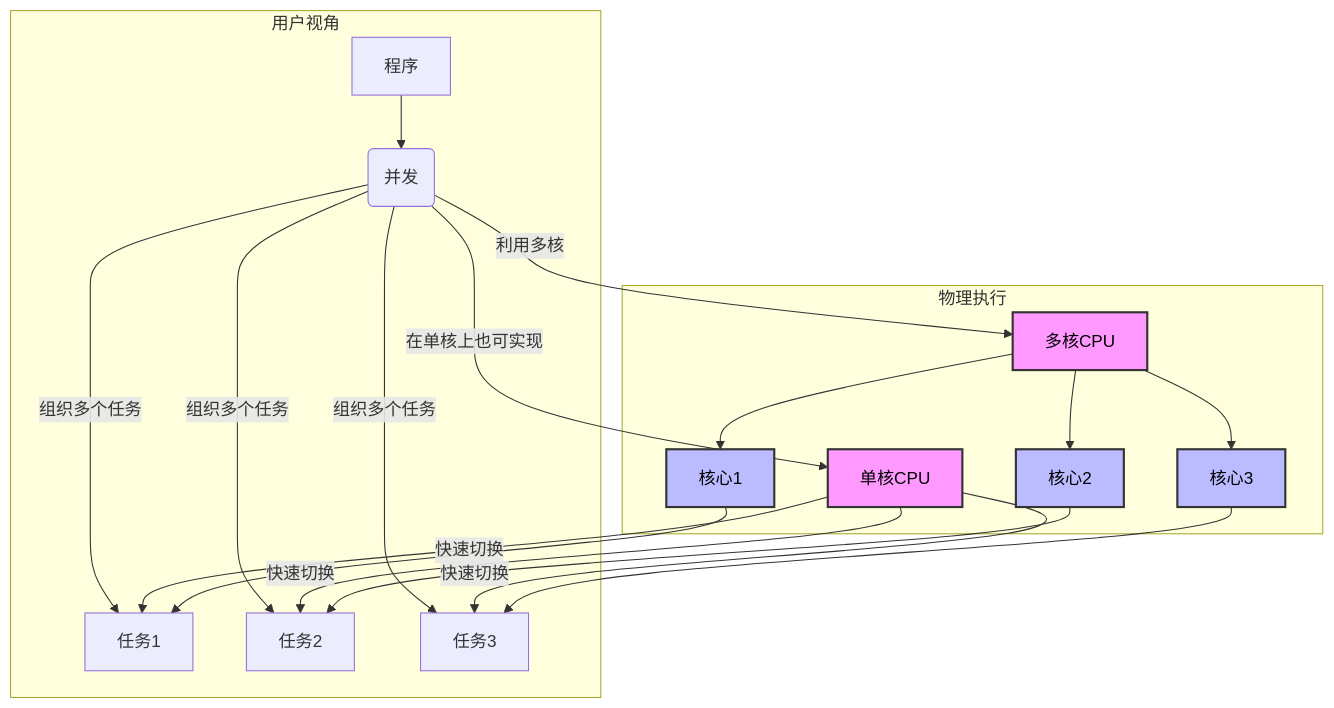
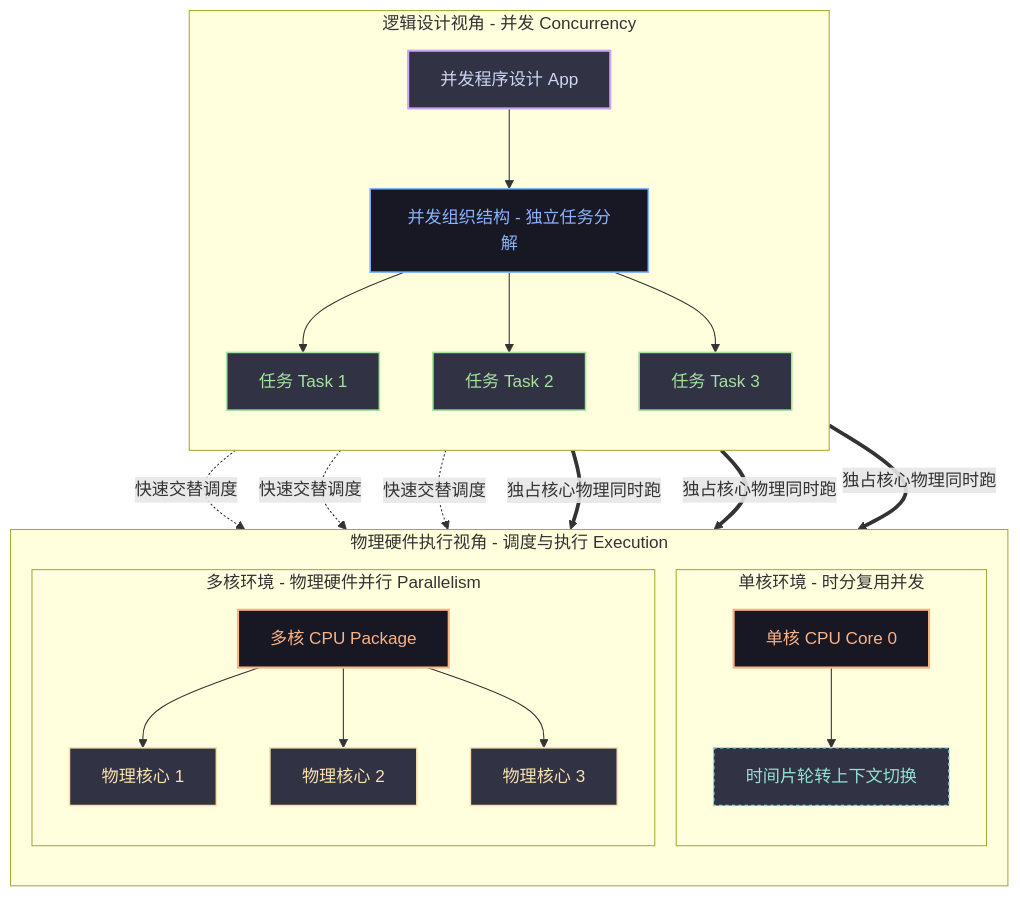
Before and after one commit to teatang/t-blog: the first of 2 diagrams in source/_posts/2025/2025-10-23_Go语言并发与并行详解.md, drawn with Mermaid. The commit also changed other lines of this file and 7 other files, not shown here.

```diff
--- a/source/_posts/2025/2025-10-23_Go语言并发与并行详解.md
+++ b/source/_posts/2025/2025-10-23_Go语言并发与并行详解.md
@@ -47,32 +47,59 @@
 {% mermaid %}
-graph TD
-    subgraph 用户视角
-        A[程序] --> B(并发)
-        B -- 组织多个任务 --> C[任务1]
-        B -- 组织多个任务 --> D[任务2]
-        B -- 组织多个任务 --> E[任务3]
+flowchart TD
+    %% 软件逻辑视角
+    subgraph LogicalView [逻辑设计视角 - 并发 Concurrency]
+        direction TB
+        App["并发程序设计 App"]:::appNode
+        Mux["并发组织结构 - 独立任务分解"]:::muxNode
+        
+        T1["任务 Task 1"]:::taskNode
+        T2["任务 Task 2"]:::taskNode
+        T3["任务 Task 3"]:::taskNode
+
+        App --> Mux
+        Mux --> T1
+        Mux --> T2
+        Mux --> T3
     end
 
-    subgraph 物理执行
-        F[单核CPU] -- 快速切换 --> C
-        F -- 快速切换 --> D
-        F -- 快速切换 --> E
+    %% 物理执行视角
+    subgraph HardwareView [物理硬件执行视角 - 调度与执行 Execution]
+        direction TB
 
-        G[多核CPU] --> H[核心1]
-        G --> I[核心2]
-        G --> J[核心3]
+        %% 左侧：单核时分复用
+        subgraph SingleCoreBlock [单核环境 - 时分复用并发]
+            CPU_Single["单核 CPU Core 0"]:::cpuNode
+            Schedule["时间片轮转上下文切换"]:::timeSliceNode
+            CPU_Single --> Schedule
+        end
 
-        H --> C
-        I --> D
-        J --> E
+        %% 右侧：多核真正并行
+        subgraph MultiCoreBlock [多核环境 - 物理硬件并行 Parallelism]
+            CPU_Multi["多核 CPU Package"]:::cpuNode
+            C1["物理核心 1"]:::coreNode
+            C2["物理核心 2"]:::coreNode
+            C3["物理核心 3"]:::coreNode
 
-        style F fill:#f9f,stroke:#333,stroke-width:2px,color:#000
-        style G fill:#f9f,stroke:#333,stroke-width:2px,color:#000
-        style H fill:#bbf,stroke:#333,stroke-width:2px,color:#000
-        style I fill:#bbf,stroke:#333,stroke-width:2px,color:#000
-        style J fill:#bbf,stroke:#333,stroke-width:2px,color:#000
+            CPU_Multi --> C1
+            CPU_Multi --> C2
+            CPU_Multi --> C3
+        end
     end
 
-    B -- 利用多核 --> G
-    B -- 在单核上也可实现 --> F
+    %% 任务到硬件的映射流动
+    T1 -.->|快速交替调度| Schedule
+    T2 -.->|快速交替调度| Schedule
+    T3 -.->|快速交替调度| Schedule
+
+    T1 ==>|独占核心物理同时跑| C1
+    T2 ==>|独占核心物理同时跑| C2
+    T3 ==>|独占核心物理同时跑| C3
+
+    %% 样式表 (Dark UI 调色板)
+    classDef appNode fill:#313244,stroke:#cba6f7,stroke-width:2px,color:#cdd6f4;
+    classDef muxNode fill:#181825,stroke:#89b4fa,stroke-width:1.5px,color:#89b4fa;
+    classDef taskNode fill:#313244,stroke:#a6e3a1,stroke-width:1.5px,color:#a6e3a1;
+    classDef cpuNode fill:#181825,stroke:#fab387,stroke-width:2px,color:#fab387;
+    classDef coreNode fill:#313244,stroke:#f9e2af,stroke-width:1.5px,color:#f9e2af;
+    classDef timeSliceNode fill:#313244,stroke:#94e2d5,stroke-dasharray: 3 3,stroke-width:1.5px,color:#94e2d5;
 {% endmermaid %}
```
